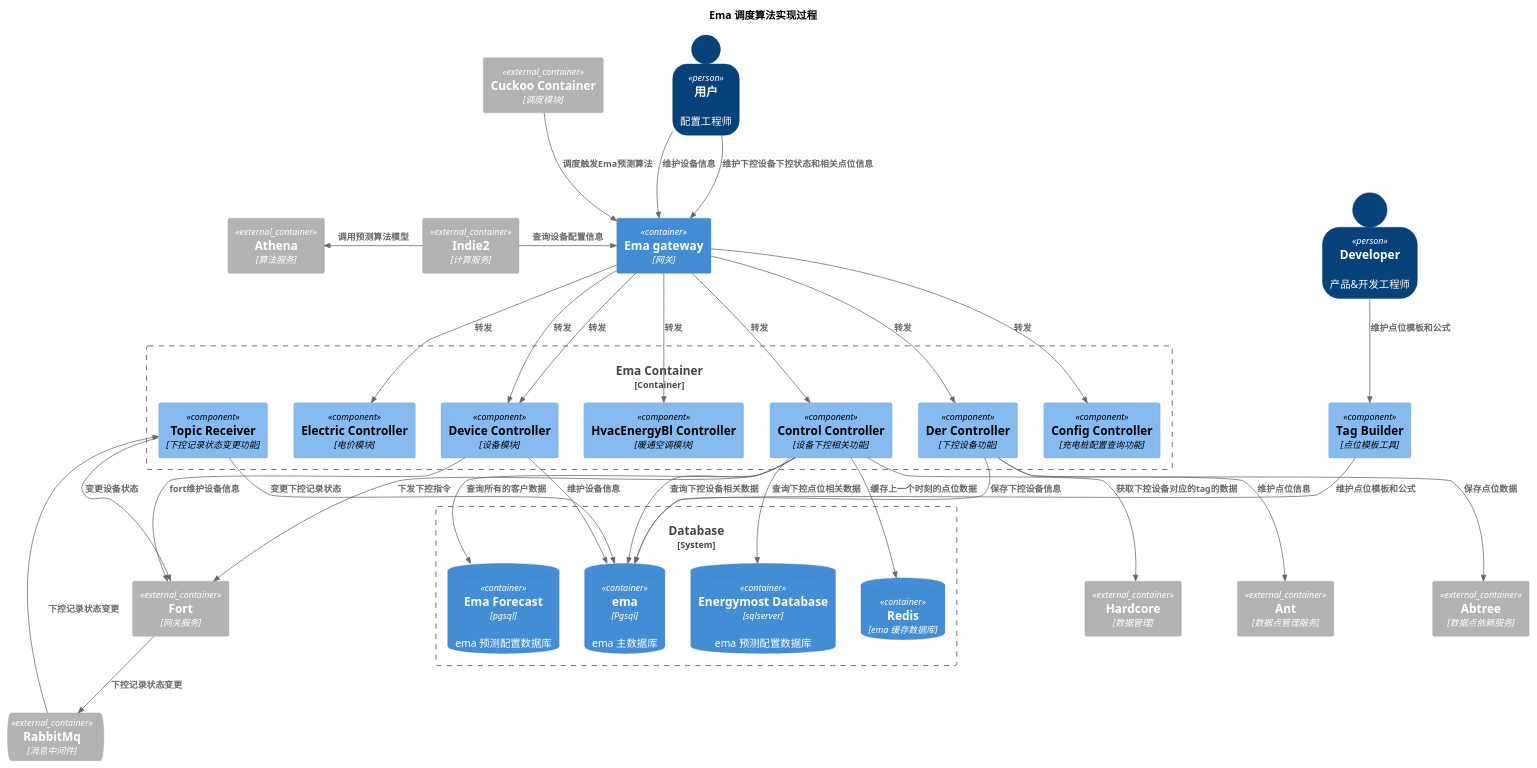
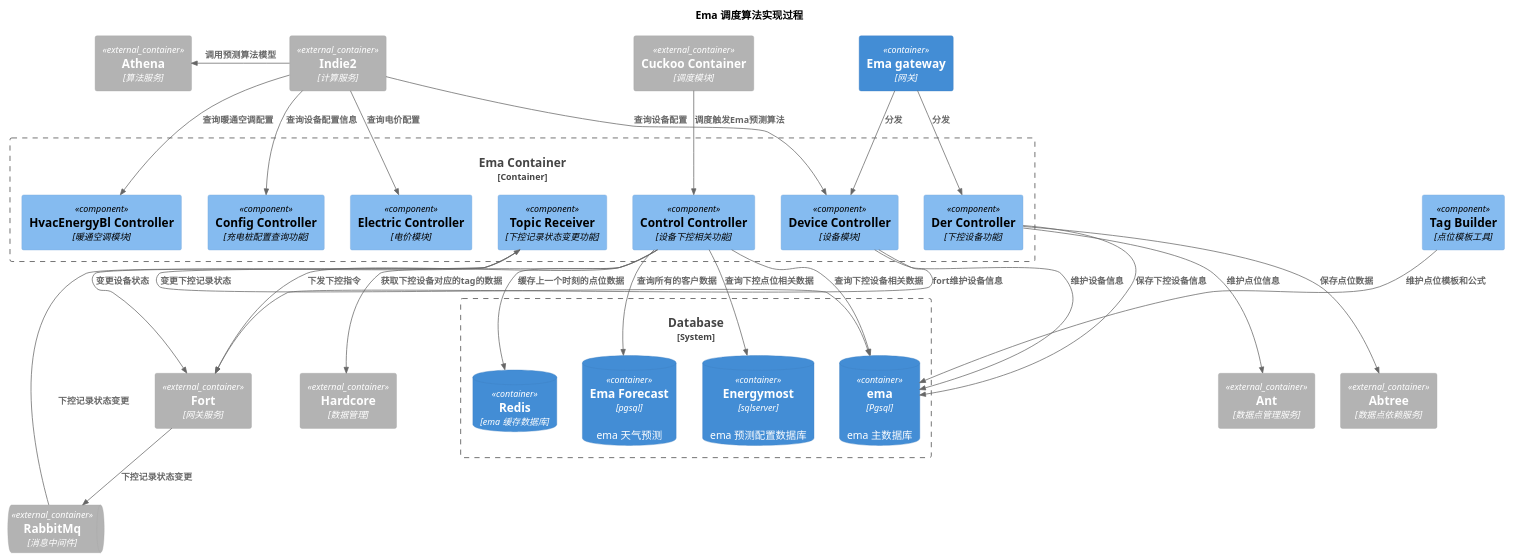
Before and after one commit to 0shuibo/C4-UML: the diagram in c4-ema/ema_component_预测算法.puml, drawn with PlantUML. The commit also changed 2 other files, not shown here.

Commit message:
提交C4图

```diff
--- a/c4-ema/ema_component_预测算法.puml
+++ b/c4-ema/ema_component_预测算法.puml
@@ -1,98 +1,95 @@
 @startuml 设备台账
 !include ../C4_Component.puml
 
 LAYOUT_TOP_DOWN()
 SHOW_PERSON_OUTLINE()
 
 title Ema 调度算法实现过程
 ' 预测算法相关内容
 Container_Ext(cuckoo, "Cuckoo Container","调度模块")
 
 Container(emaGateway, "Ema gateway","网关")
 
 Container_Boundary(ema, "Ema Container") {
     Component(emaControl, "Control Controller", "设备下控相关功能")
     Component(topicReceiver, "Topic Receiver", "下控记录状态变更功能")
     Component(configModule, "Config Controller", "充电桩配置查询功能")
     Component(electricModule, "Electric Controller", "电价模块")
     Component(deviceModule, "Device Controller", "设备模块")
     Component(HvacEnergyBlModule, "HvacEnergyBl Controller", "暖通空调模块")
     Component(DerModule, "Der Controller", "下控设备功能")
 }
 
 Container_Ext(hardcore, "Hardcore", "数据管理")
 
 Container_Ext(fort, "Fort", "网关服务")
 
 System_Boundary(emaDatabase, "Database") {
-    ContainerDb(emaForecast, "Ema Forecast", "pgsql", "ema 预测配置数据库")
+    ContainerDb(emaForecast, "Ema Forecast", "pgsql", "ema 天气预测")
     ContainerDb(emaDb, "ema", "Pgsql", "ema 主数据库")
-    ContainerDb(energymostDb, "Energymost Database", "sqlserver", "ema 预测配置数据库")
+    ContainerDb(energymostDb, "Energymost ", "sqlserver", "ema 预测配置数据库")
     ContainerDb(redis, "Redis", "ema 缓存数据库")
 }
 
 ContainerQueue_Ext(rabbitMq, "RabbitMq", "消息中间件")
 
 Container_Ext(athena, "Athena", "算法服务")
 Container_Ext(indie2, "Indie2", "计算服务")
 Container_Ext(ant, "Ant", "数据点管理服务")
 Container_Ext(abtree, "Abtree", "数据点依赖服务")
 
 ' 下控依赖关系
-Rel_D(cuckoo,emaGateway,"调度触发Ema预测算法","")
-Rel_D(emaGateway,emaControl,"转发","")
+Rel_D(cuckoo,emaControl,"调度触发Ema预测算法","")
+' Rel_D(emaGateway,emaControl,"分发","")
 Rel_D(emaControl,emaForecast,"查询所有的客户数据","")
 Rel_D(emaControl,emaDb,"查询下控设备相关数据","")
 Rel_D(emaControl,energymostDb,"查询下控点位相关数据","")
 Rel_D(emaControl,hardcore,"获取下控设备对应的tag的数据","")
 Rel_D(emaControl,redis,"缓存上一个时刻的点位数据","")
 Rel_D(emaControl,fort,"下发下控指令","")
 Rel_D(rabbitMq,topicReceiver,"下控记录状态变更","")
 Rel_D(fort,rabbitMq,"下控记录状态变更","")
 
-Rel_R(indie2,emaGateway,"查询设备配置信息","")
-Rel_R(emaGateway,configModule,"转发","")
-' Rel_R(indie2,emaGateway,"查询电价配置","")
-Rel_R(emaGateway,electricModule,"转发","")
-' Rel_R(indie2,emaGateway,"查询设备配置","")
-Rel_R(emaGateway,deviceModule,"转发","")
-' Rel_R(indie2,emaGateway,"查询暖通空调配置","")
-Rel_R(emaGateway,HvacEnergyBlModule,"转发","")
+Rel_R(indie2,configModule,"查询设备配置信息","")
+
+Rel_D(indie2,electricModule,"查询电价配置","")
+Rel_D(indie2,deviceModule,"查询设备配置","")
+Rel_D(indie2,HvacEnergyBlModule,"查询暖通空调配置","")
 Rel_L(indie2,athena,"调用预测算法模型","")
 Rel_D(topicReceiver,fort,"变更设备状态","")
 Rel_D(topicReceiver,emaDb,"变更下控记录状态","")
 
 '预测算法配置功能
-Person(configUser, "用户", "配置工程师")
+' Person(configUser, "用户", "配置工程师")
 
 
 ' Container_Boundary(userAuth, "UserAuth Container") {
 '     Component(emaControl, "Control Controller", "设备下控相关功能")
 ' }
 
 
 '配置依赖关系
-Rel_D(configUser,emaGateway,"维护设备信息","")
-Rel_D(emaGateway,deviceModule,"转发","")
+' Rel_D(configUser,emaGateway,"维护设备信息","")
+Rel_D(emaGateway,deviceModule,"分发","")
 Rel_D(deviceModule,emaDb,"维护设备信息","")
 Rel_D(deviceModule,fort,"fort维护设备信息","")
 
-Rel_D(configUser,emaGateway,"维护下控设备下控状态和相关点位信息","")
-Rel_D(emaGateway,DerModule,"转发","")
+' Rel_D(configUser,emaGateway,"维护下控设备下控状态和相关点位信息","")
+Rel_D(emaGateway,DerModule,"分发","")
 Rel_D(DerModule,ant,"维护点位信息","")
 Rel_D(DerModule,emaDb,"保存下控设备信息","")
 Rel_D(DerModule,abtree,"保存点位数据","")
 
 
 
 ' 点位模板配置
-Person(developer, "Developer", "产品&开发工程师")
+' Person(developer, "Developer", "产品&开发工程师")
 
 Component(tagBuilder, "Tag Builder", "点位模板工具")
 
-Rel_D(developer,tagBuilder,"维护点位模板和公式","")
+' Rel_D(developer,tagBuilder,"维护点位模板和公式","")
 Rel_D(tagBuilder,emaDb,"维护点位模板和公式","")
 
 
 
 @enduml
```
